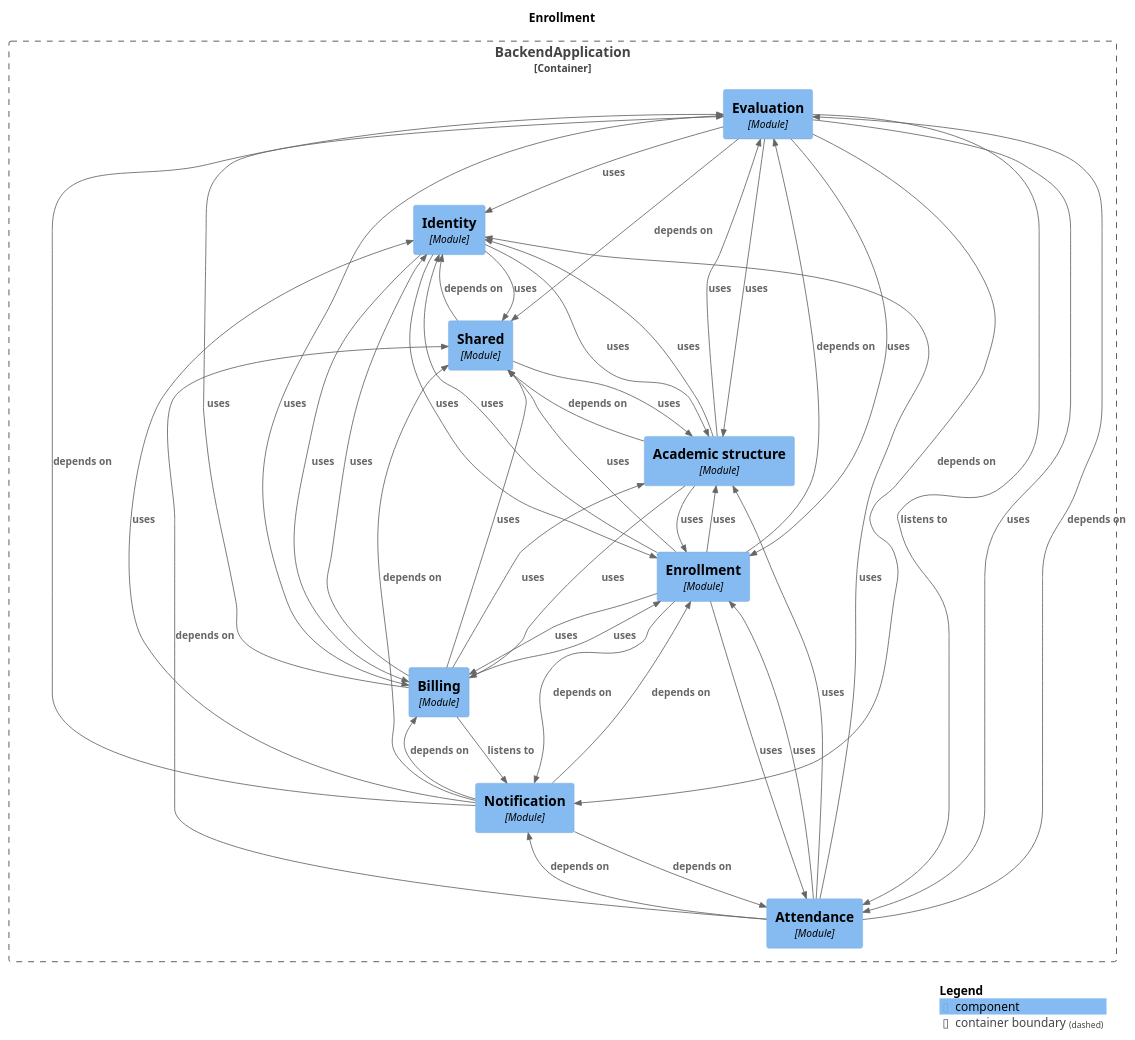
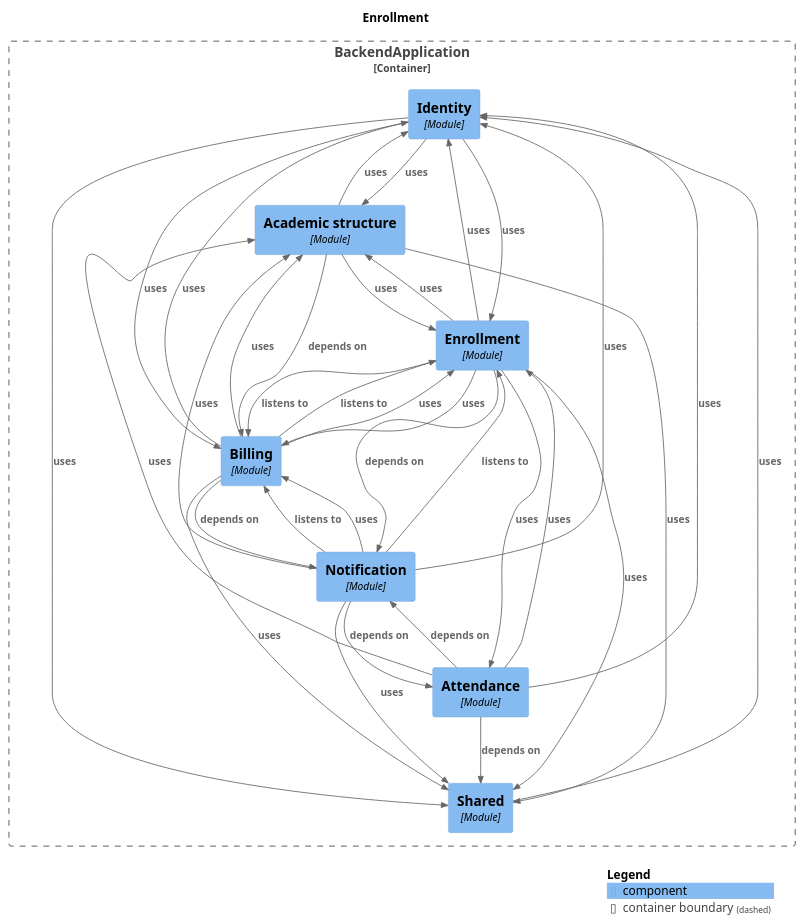
The diagram in docs/architecture/module-enrollment.puml (Gabriel030/agustina-bermejo-app), drawn with PlantUML before and after one commit. The commit also changed 21 other files, not shown here.

Commit message:
docs(architecture): regenera diagramas Modulith (M3a, billing v2) y corrige comando en README

```diff
--- a/docs/architecture/module-enrollment.puml
+++ b/docs/architecture/module-enrollment.puml
@@ -1,68 +1,57 @@
 @startuml
 set separator none
 title Enrollment
 
 top to bottom direction
 
 !include <C4/C4>
 !include <C4/C4_Context>
 !include <C4/C4_Component>
 
 Container_Boundary("BackendApplication.BackendApplication_boundary", "BackendApplication", $tags="") {
-  Component(BackendApplication.BackendApplication.Evaluation, "Evaluation", $techn="Module", $descr="", $tags="", $link="")
   Component(BackendApplication.BackendApplication.Identity, "Identity", $techn="Module", $descr="", $tags="", $link="")
   Component(BackendApplication.BackendApplication.Notification, "Notification", $techn="Module", $descr="", $tags="", $link="")
   Component(BackendApplication.BackendApplication.Shared, "Shared", $techn="Module", $descr="", $tags="", $link="")
   Component(BackendApplication.BackendApplication.Academicstructure, "Academic structure", $techn="Module", $descr="", $tags="", $link="")
   Component(BackendApplication.BackendApplication.Attendance, "Attendance", $techn="Module", $descr="", $tags="", $link="")
   Component(BackendApplication.BackendApplication.Billing, "Billing", $techn="Module", $descr="", $tags="", $link="")
   Component(BackendApplication.BackendApplication.Enrollment, "Enrollment", $techn="Module", $descr="", $tags="", $link="")
 }
 
-Rel(BackendApplication.BackendApplication.Academicstructure, BackendApplication.BackendApplication.Billing, "uses", $techn="", $tags="", $link="")
+Rel(BackendApplication.BackendApplication.Academicstructure, BackendApplication.BackendApplication.Billing, "depends on", $techn="", $tags="", $link="")
 Rel(BackendApplication.BackendApplication.Academicstructure, BackendApplication.BackendApplication.Enrollment, "uses", $techn="", $tags="", $link="")
-Rel(BackendApplication.BackendApplication.Academicstructure, BackendApplication.BackendApplication.Evaluation, "uses", $techn="", $tags="", $link="")
 Rel(BackendApplication.BackendApplication.Academicstructure, BackendApplication.BackendApplication.Identity, "uses", $techn="", $tags="", $link="")
-Rel(BackendApplication.BackendApplication.Academicstructure, BackendApplication.BackendApplication.Shared, "depends on", $techn="", $tags="", $link="")
+Rel(BackendApplication.BackendApplication.Academicstructure, BackendApplication.BackendApplication.Shared, "uses", $techn="", $tags="", $link="")
 Rel(BackendApplication.BackendApplication.Attendance, BackendApplication.BackendApplication.Academicstructure, "uses", $techn="", $tags="", $link="")
 Rel(BackendApplication.BackendApplication.Attendance, BackendApplication.BackendApplication.Enrollment, "uses", $techn="", $tags="", $link="")
-Rel(BackendApplication.BackendApplication.Attendance, BackendApplication.BackendApplication.Evaluation, "depends on", $techn="", $tags="", $link="")
 Rel(BackendApplication.BackendApplication.Attendance, BackendApplication.BackendApplication.Identity, "uses", $techn="", $tags="", $link="")
 Rel(BackendApplication.BackendApplication.Attendance, BackendApplication.BackendApplication.Notification, "depends on", $techn="", $tags="", $link="")
 Rel(BackendApplication.BackendApplication.Attendance, BackendApplication.BackendApplication.Shared, "depends on", $techn="", $tags="", $link="")
 Rel(BackendApplication.BackendApplication.Billing, BackendApplication.BackendApplication.Academicstructure, "uses", $techn="", $tags="", $link="")
+Rel(BackendApplication.BackendApplication.Billing, BackendApplication.BackendApplication.Enrollment, "listens to", $techn="", $tags="", $link="")
 Rel(BackendApplication.BackendApplication.Billing, BackendApplication.BackendApplication.Enrollment, "uses", $techn="", $tags="", $link="")
-Rel(BackendApplication.BackendApplication.Billing, BackendApplication.BackendApplication.Evaluation, "uses", $techn="", $tags="", $link="")
 Rel(BackendApplication.BackendApplication.Billing, BackendApplication.BackendApplication.Identity, "uses", $techn="", $tags="", $link="")
-Rel(BackendApplication.BackendApplication.Billing, BackendApplication.BackendApplication.Notification, "listens to", $techn="", $tags="", $link="")
+Rel(BackendApplication.BackendApplication.Billing, BackendApplication.BackendApplication.Notification, "depends on", $techn="", $tags="", $link="")
 Rel(BackendApplication.BackendApplication.Billing, BackendApplication.BackendApplication.Shared, "uses", $techn="", $tags="", $link="")
 Rel(BackendApplication.BackendApplication.Enrollment, BackendApplication.BackendApplication.Academicstructure, "uses", $techn="", $tags="", $link="")
 Rel(BackendApplication.BackendApplication.Enrollment, BackendApplication.BackendApplication.Attendance, "uses", $techn="", $tags="", $link="")
+Rel(BackendApplication.BackendApplication.Enrollment, BackendApplication.BackendApplication.Billing, "listens to", $techn="", $tags="", $link="")
 Rel(BackendApplication.BackendApplication.Enrollment, BackendApplication.BackendApplication.Billing, "uses", $techn="", $tags="", $link="")
-Rel(BackendApplication.BackendApplication.Enrollment, BackendApplication.BackendApplication.Evaluation, "depends on", $techn="", $tags="", $link="")
 Rel(BackendApplication.BackendApplication.Enrollment, BackendApplication.BackendApplication.Identity, "uses", $techn="", $tags="", $link="")
 Rel(BackendApplication.BackendApplication.Enrollment, BackendApplication.BackendApplication.Notification, "depends on", $techn="", $tags="", $link="")
 Rel(BackendApplication.BackendApplication.Enrollment, BackendApplication.BackendApplication.Shared, "uses", $techn="", $tags="", $link="")
-Rel(BackendApplication.BackendApplication.Evaluation, BackendApplication.BackendApplication.Academicstructure, "uses", $techn="", $tags="", $link="")
-Rel(BackendApplication.BackendApplication.Evaluation, BackendApplication.BackendApplication.Attendance, "listens to", $techn="", $tags="", $link="")
-Rel(BackendApplication.BackendApplication.Evaluation, BackendApplication.BackendApplication.Attendance, "uses", $techn="", $tags="", $link="")
-Rel(BackendApplication.BackendApplication.Evaluation, BackendApplication.BackendApplication.Billing, "uses", $techn="", $tags="", $link="")
-Rel(BackendApplication.BackendApplication.Evaluation, BackendApplication.BackendApplication.Enrollment, "uses", $techn="", $tags="", $link="")
-Rel(BackendApplication.BackendApplication.Evaluation, BackendApplication.BackendApplication.Identity, "uses", $techn="", $tags="", $link="")
-Rel(BackendApplication.BackendApplication.Evaluation, BackendApplication.BackendApplication.Notification, "depends on", $techn="", $tags="", $link="")
-Rel(BackendApplication.BackendApplication.Evaluation, BackendApplication.BackendApplication.Shared, "depends on", $techn="", $tags="", $link="")
 Rel(BackendApplication.BackendApplication.Identity, BackendApplication.BackendApplication.Academicstructure, "uses", $techn="", $tags="", $link="")
 Rel(BackendApplication.BackendApplication.Identity, BackendApplication.BackendApplication.Billing, "uses", $techn="", $tags="", $link="")
 Rel(BackendApplication.BackendApplication.Identity, BackendApplication.BackendApplication.Enrollment, "uses", $techn="", $tags="", $link="")
 Rel(BackendApplication.BackendApplication.Identity, BackendApplication.BackendApplication.Shared, "uses", $techn="", $tags="", $link="")
+Rel(BackendApplication.BackendApplication.Notification, BackendApplication.BackendApplication.Academicstructure, "uses", $techn="", $tags="", $link="")
 Rel(BackendApplication.BackendApplication.Notification, BackendApplication.BackendApplication.Attendance, "depends on", $techn="", $tags="", $link="")
-Rel(BackendApplication.BackendApplication.Notification, BackendApplication.BackendApplication.Billing, "depends on", $techn="", $tags="", $link="")
-Rel(BackendApplication.BackendApplication.Notification, BackendApplication.BackendApplication.Enrollment, "depends on", $techn="", $tags="", $link="")
-Rel(BackendApplication.BackendApplication.Notification, BackendApplication.BackendApplication.Evaluation, "depends on", $techn="", $tags="", $link="")
+Rel(BackendApplication.BackendApplication.Notification, BackendApplication.BackendApplication.Billing, "listens to", $techn="", $tags="", $link="")
+Rel(BackendApplication.BackendApplication.Notification, BackendApplication.BackendApplication.Billing, "uses", $techn="", $tags="", $link="")
+Rel(BackendApplication.BackendApplication.Notification, BackendApplication.BackendApplication.Enrollment, "listens to", $techn="", $tags="", $link="")
 Rel(BackendApplication.BackendApplication.Notification, BackendApplication.BackendApplication.Identity, "uses", $techn="", $tags="", $link="")
-Rel(BackendApplication.BackendApplication.Notification, BackendApplication.BackendApplication.Shared, "depends on", $techn="", $tags="", $link="")
-Rel(BackendApplication.BackendApplication.Shared, BackendApplication.BackendApplication.Academicstructure, "uses", $techn="", $tags="", $link="")
-Rel(BackendApplication.BackendApplication.Shared, BackendApplication.BackendApplication.Identity, "depends on", $techn="", $tags="", $link="")
+Rel(BackendApplication.BackendApplication.Notification, BackendApplication.BackendApplication.Shared, "uses", $techn="", $tags="", $link="")
+Rel(BackendApplication.BackendApplication.Shared, BackendApplication.BackendApplication.Identity, "uses", $techn="", $tags="", $link="")
 
 SHOW_LEGEND(true)
 @enduml
```
